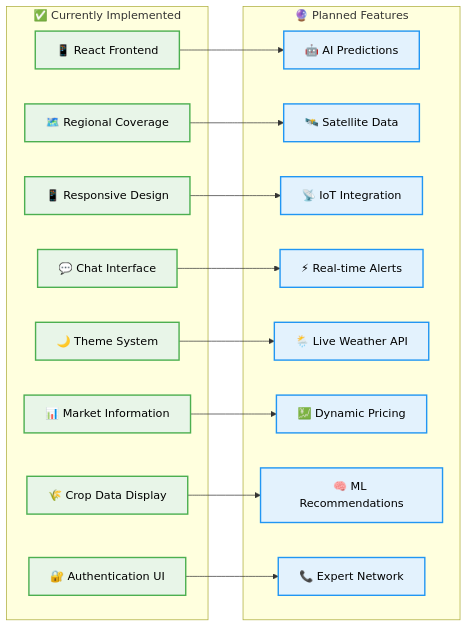
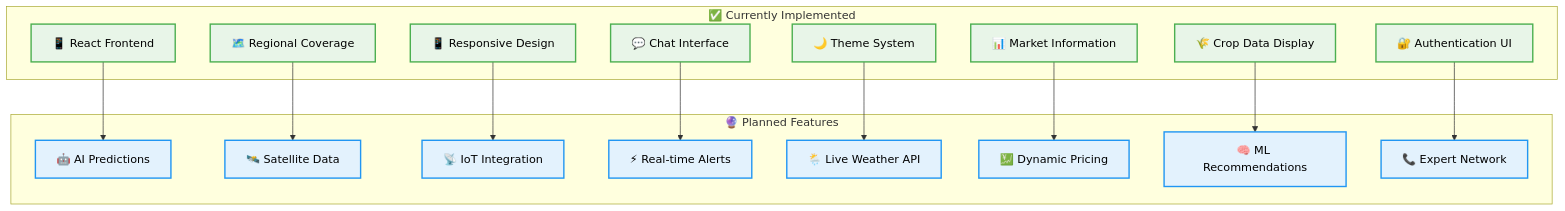
The third of 9 diagrams in README.md (KGFCH2/CropAI_India), drawn with Mermaid before and after one commit.

Commit message:
Update User Journey Flowchart

````diff
--- a/README.md
+++ b/README.md
@@ -389,39 +389,39 @@
 ```mermaid
-graph LR
+flowchart TD
     subgraph "✅ Currently Implemented"
         A[📱 React Frontend]
         B[🌾 Crop Data Display]
         C[🗺️ Regional Coverage]
         D[📊 Market Information]
         E[🔐 Authentication UI]
         F[💬 Chat Interface]
         G[🌙 Theme System]
         H[📱 Responsive Design]
     end
     
     subgraph "🔮 Planned Features"
         I[🤖 AI Predictions]
         J[🛰️ Satellite Data]
         K[📡 IoT Integration]
         L[⚡ Real-time Alerts]
         M[🌦️ Live Weather API]
         N[💹 Dynamic Pricing]
         O[🧠 ML Recommendations]
         P[📞 Expert Network]
     end
     
     A --> I
     B --> O
     C --> J
     D --> N
     E --> P
     F --> L
     G --> M
     H --> K
     
     classDef current fill:#e8f5e8,stroke:#4caf50,stroke-width:2px,color:#000
     classDef future fill:#e3f2fd,stroke:#2196f3,stroke-width:2px,color:#000
     
     class A,B,C,D,E,F,G,H current
     class I,J,K,L,M,N,O,P future
 ```
````
